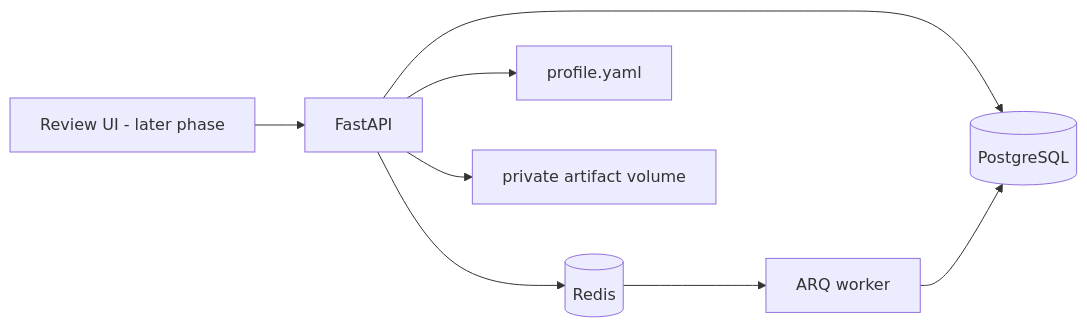
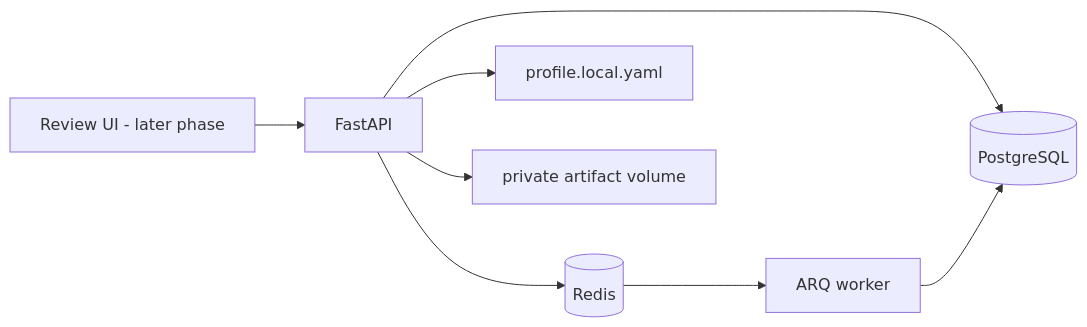
Before and after one commit to Emediong-Jonah03/job-search-agent: the diagram in README.md, drawn with Mermaid. The commit also changed other lines of this file and 16 other files, not shown here.

````diff
--- a/README.md
+++ b/README.md
@@ -7,10 +7,10 @@
 ```mermaid
 flowchart LR
   UI[Review UI - later phase] --> API[FastAPI]
   API --> PG[(PostgreSQL)]
   API --> R[(Redis)]
   R --> W[ARQ worker]
   W --> PG
-  API --> P[profile.yaml]
+  API --> P[profile.local.yaml]
   API --> A[private artifact volume]
 ```
````
